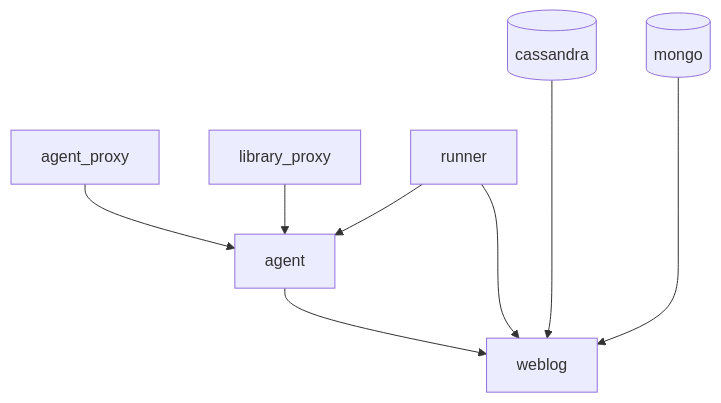
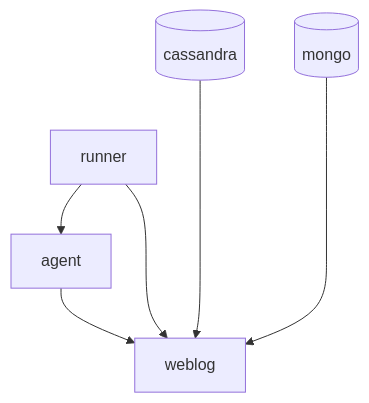
The diagram in docs/internals/life_cycle.md (DataDog/system-tests), drawn with Mermaid before and after one commit. The commit also changed other lines of this file and 17 other files, not shown here.

````diff
--- a/docs/internals/life_cycle.md
+++ b/docs/internals/life_cycle.md
@@ -5,10 +5,8 @@
 ```mermaid
 graph TD
-    agent_proxy --> agent
-    library_proxy --> agent
     runner --> agent 
     agent --> weblog
     runner --> weblog
     cassandra[(cassandra)] ----> weblog
     mongo[(mongo)] ----> weblog
 ```
````
